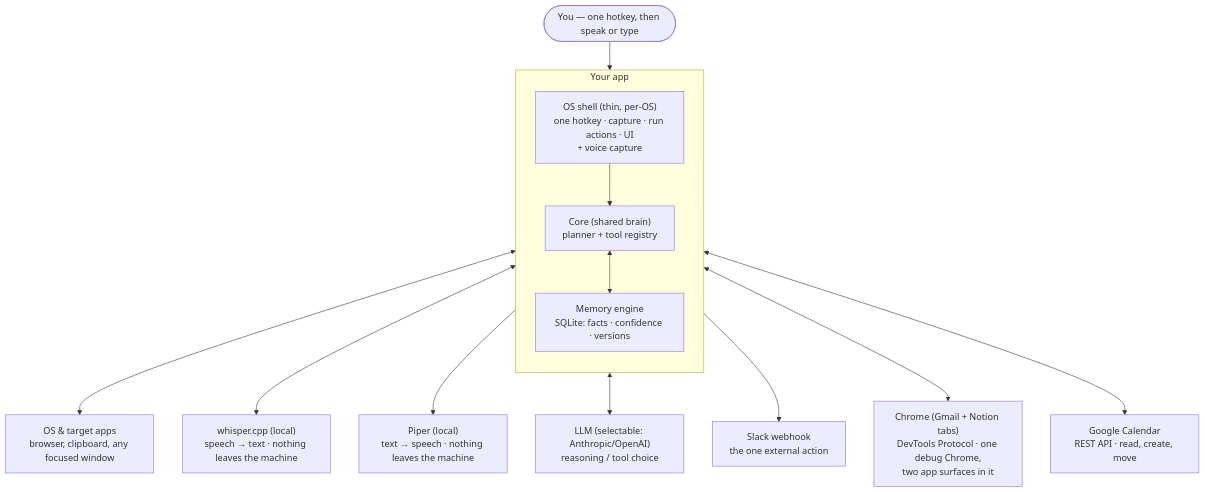
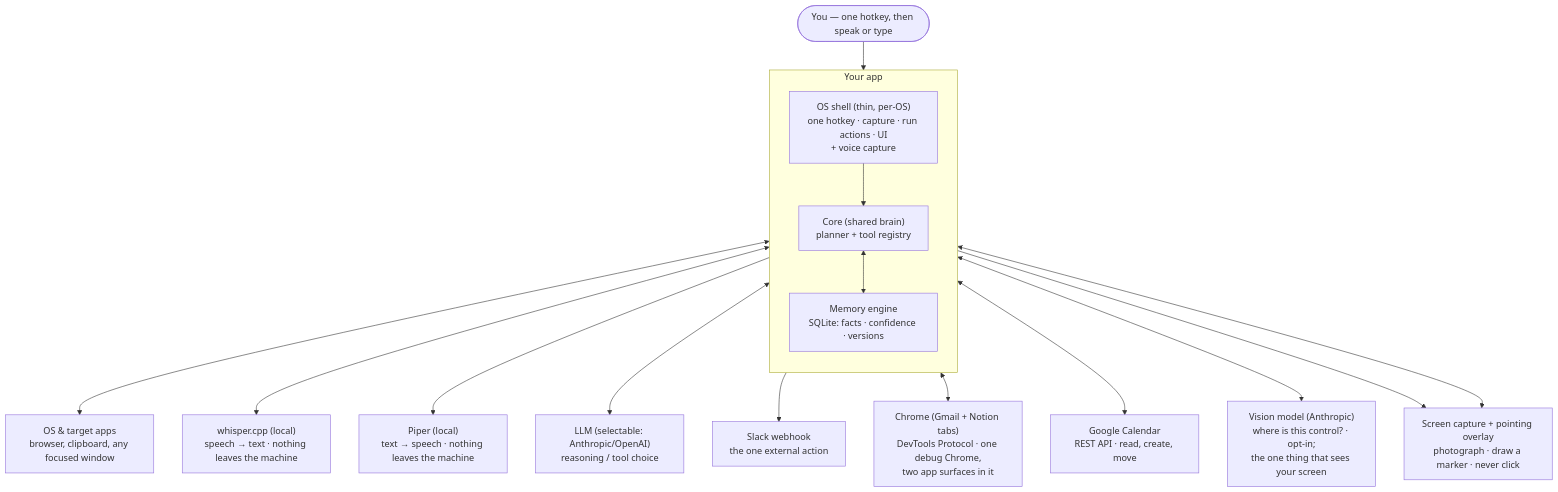
The first of 9 diagrams in ARCHITECTURE.md (Sejall-089/voice-agent), drawn with Mermaid before and after one commit. The commit also changed other lines of this file and 33 other files, not shown here.

````diff
--- a/ARCHITECTURE.md
+++ b/ARCHITECTURE.md
@@ -28,30 +28,35 @@
 ```mermaid
 flowchart TB
     User(["You — one hotkey, then speak or type"])
 
     subgraph App["Your app"]
         direction TB
         Shell["OS shell (thin, per-OS)<br/>one hotkey · capture · run actions · UI<br/>+ voice capture"]
         Core["Core (shared brain)<br/>planner + tool registry"]
         Memory["Memory engine<br/>SQLite: facts · confidence · versions"]
         Shell --> Core
         Core <--> Memory
     end
 
     Whisper["whisper.cpp (local)<br/>speech → text · nothing leaves the machine"]
     Piper["Piper (local)<br/>text → speech · nothing leaves the machine"]
     Chrome["Chrome (Gmail + Notion tabs)<br/>DevTools Protocol · one debug Chrome,<br/>two app surfaces in it"]
     LLM["LLM (selectable: Anthropic/OpenAI)<br/>reasoning / tool choice"]
     Slack["Slack webhook<br/>the one external action"]
     Calendar["Google Calendar<br/>REST API · read, create, move"]
+    Vision["Vision model (Anthropic)<br/>where is this control? · opt-in;<br/>the one thing that sees your screen"]
+    Screen["Screen capture + pointing overlay<br/>photograph · draw a marker · never click"]
     OS["OS &amp; target apps<br/>browser, clipboard, any focused window"]
 
     User --> Shell
     Shell <--> OS
     Shell <--> Whisper
     Shell --> Piper
     Core <--> LLM
     Core --> Slack
     Core <--> Chrome
     Core <--> Calendar
+    Core <--> Vision
+    Shell --> Screen
+    Core <--> Screen
 ```
````
